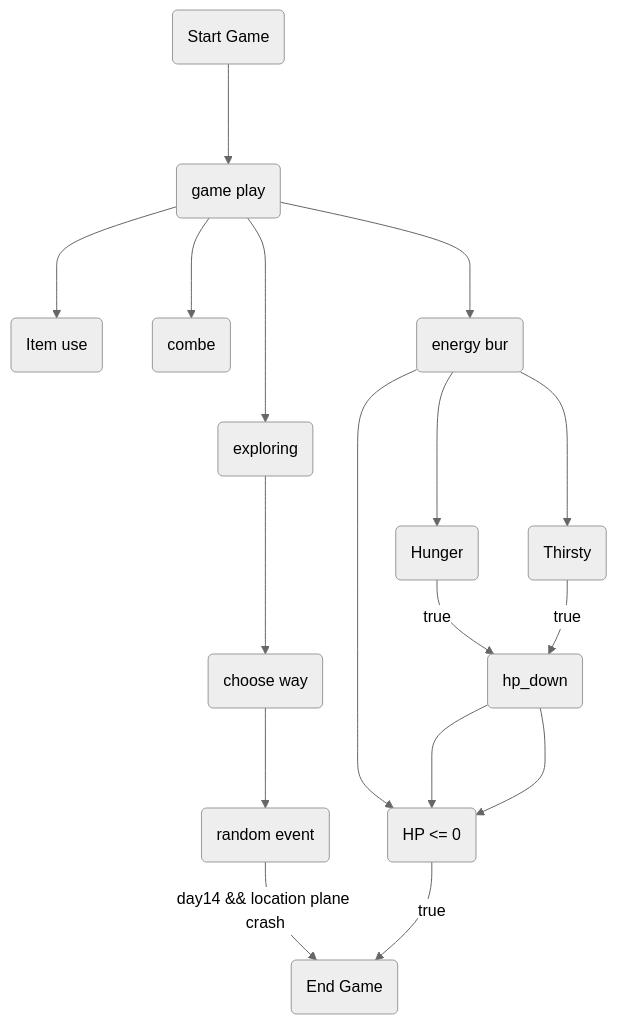
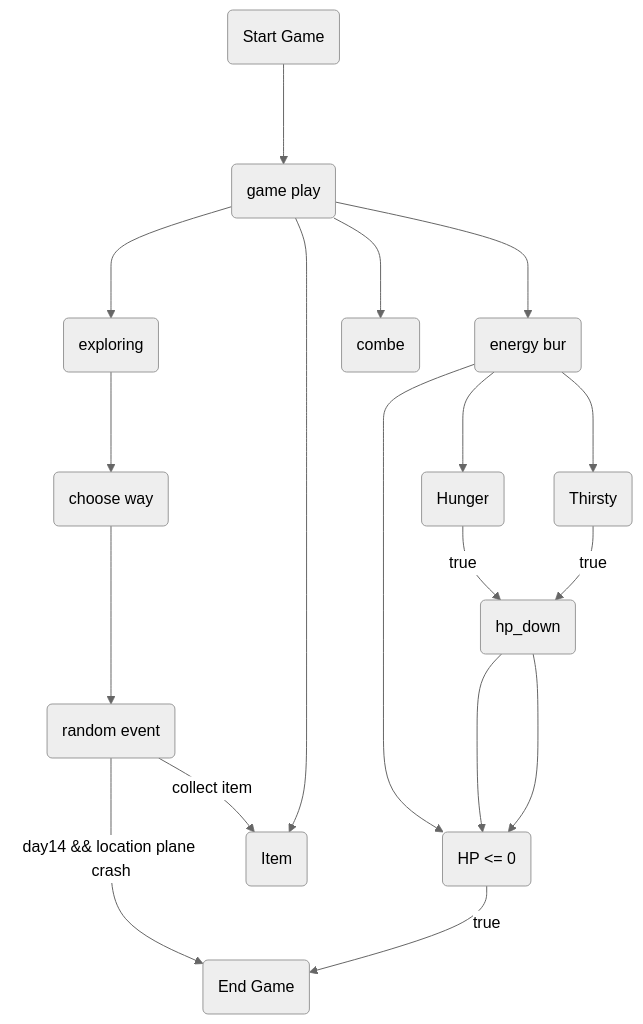
Before and after one commit to SSProgamer/C-Project: the diagram in need me.md, drawn with Mermaid (neutral theme).

Commit message:
Update need me.md

````diff
--- a/need me.md
+++ b/need me.md
@@ -35,12 +35,13 @@
 ```mermaid
 flowchart TD
 start(Start Game) ---> ingame(game play)
 ingame ---> explore(exploring) ---> way(choose way) ---> event(random event)
 event --day14 && location plane crash--> e(End Game)
-ingame ---> Itemuse(Item use)
+event(random event) --collect item--> Item
+ingame ---> Item(Item)
 ingame ---> combe(combe)
 ingame ---> stack(energy bur) --->hp
 stack(energy bur) --->Hunger(Hunger) --true--> hp_down(hp_down) ---> hp
 stack(energy bur) --->Thirsty(Thirsty) --true--> hp_down(hp_down) ---> hp
 hp(HP <= 0) --true--> e(End Game)
 ```
````
